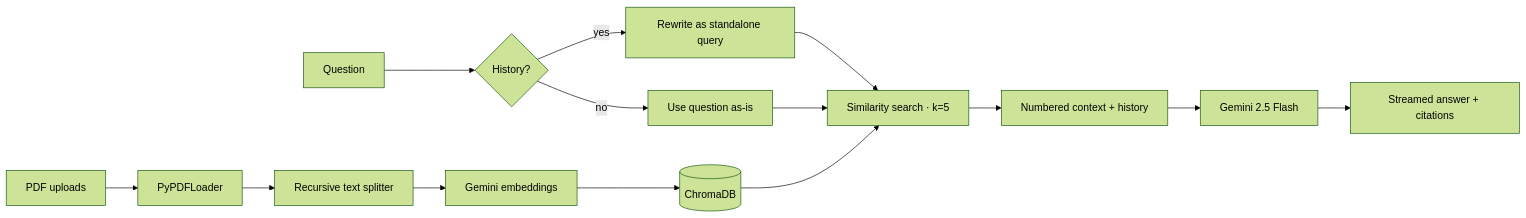
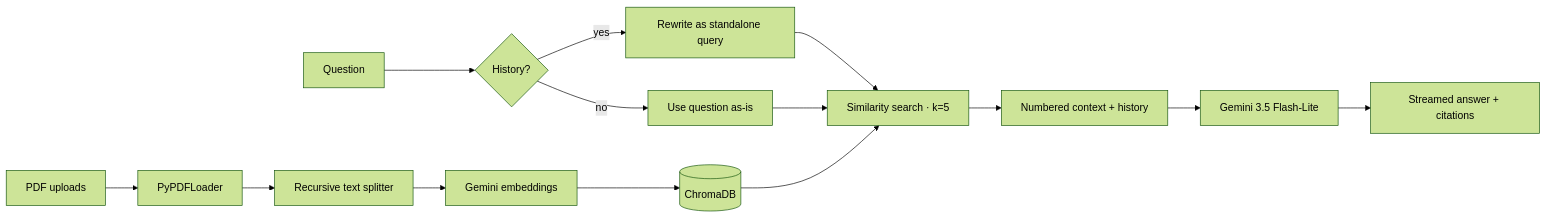
Before and after one commit to Dashetty/GetMeContext: the diagram in README.md, drawn with Mermaid (forest theme). The commit also changed other lines of this file and 5 other files, not shown here.

````diff
--- a/README.md
+++ b/README.md
@@ -44,17 +44,17 @@
 ```mermaid
 flowchart LR
     A[PDF uploads] --> B[PyPDFLoader]
     B --> C[Recursive text splitter]
     C --> D[Gemini embeddings]
     D --> E[(ChromaDB)]
 
     Q[Question] --> F{History?}
     F -->|yes| G[Rewrite as standalone query]
     F -->|no| H[Use question as-is]
     G --> I[Similarity search · k=5]
     H --> I
     E --> I
     I --> J[Numbered context + history]
-    J --> K[Gemini 2.5 Flash]
+    J --> K[Gemini 3.5 Flash-Lite]
     K --> L[Streamed answer + citations]
 ```
````
